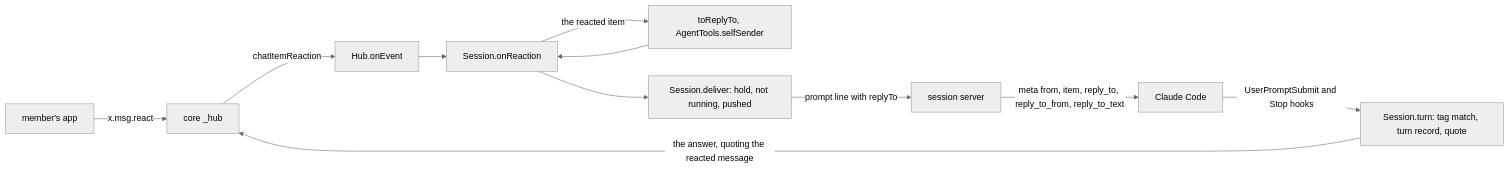
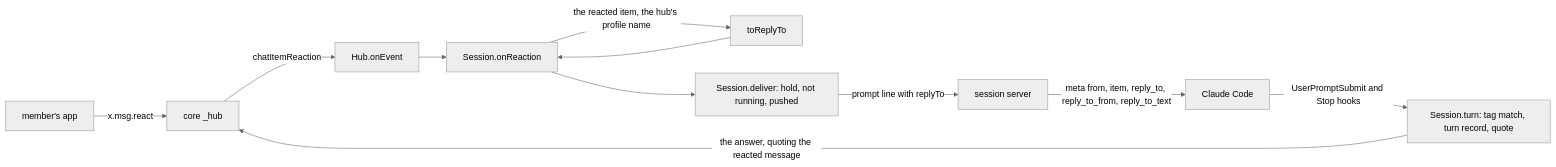
One commit to simplex-chat/simplex-chat changed the fourth of 4 diagrams in plans/2026-11-12-mcp-reactions.md. Above: the diagram before and after it, drawn with Mermaid (neutral theme). The commit also changed other lines of this file, not shown here.

Commit message:
plan: mcp-reactions, Claude named by the hub's profile name

````diff
--- a/plans/2026-11-12-mcp-reactions.md
+++ b/plans/2026-11-12-mcp-reactions.md
@@ -272,13 +270,13 @@
 ```mermaid
 flowchart LR
   APP[member's app] -- x.msg.react --> CORE[core _hub]
   CORE -- chatItemReaction --> HUB[Hub.onEvent]
   HUB --> SES[Session.onReaction]
-  SES -- the reacted item --> RT[toReplyTo, AgentTools.selfSender]
+  SES -- the reacted item, the hub's profile name --> RT[toReplyTo]
   RT --> SES
   SES --> DEL[Session.deliver: hold, not running, pushed]
   DEL -- prompt line with replyTo --> SRV[session server]
   SRV -- meta from, item, reply_to, reply_to_from, reply_to_text --> CC[Claude Code]
   CC -- UserPromptSubmit and Stop hooks --> TURN[Session.turn: tag match, turn record, quote]
   TURN -- the answer, quoting the reacted message --> CORE
 ```
````
